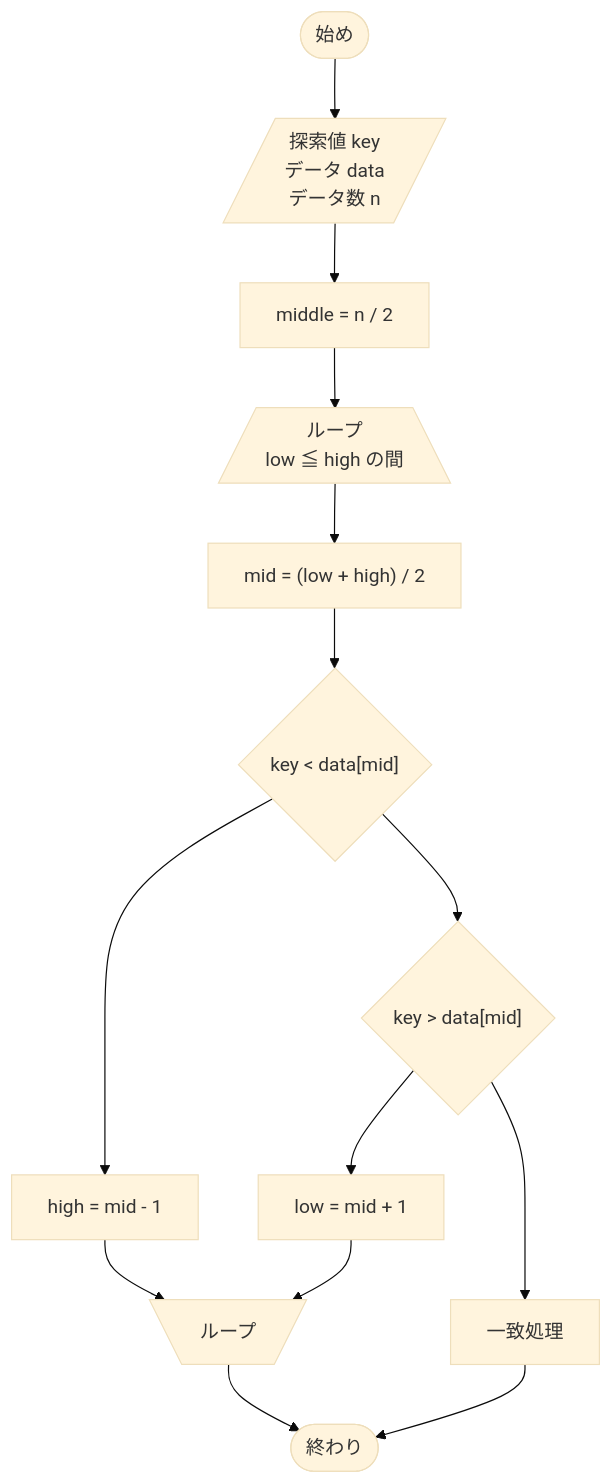
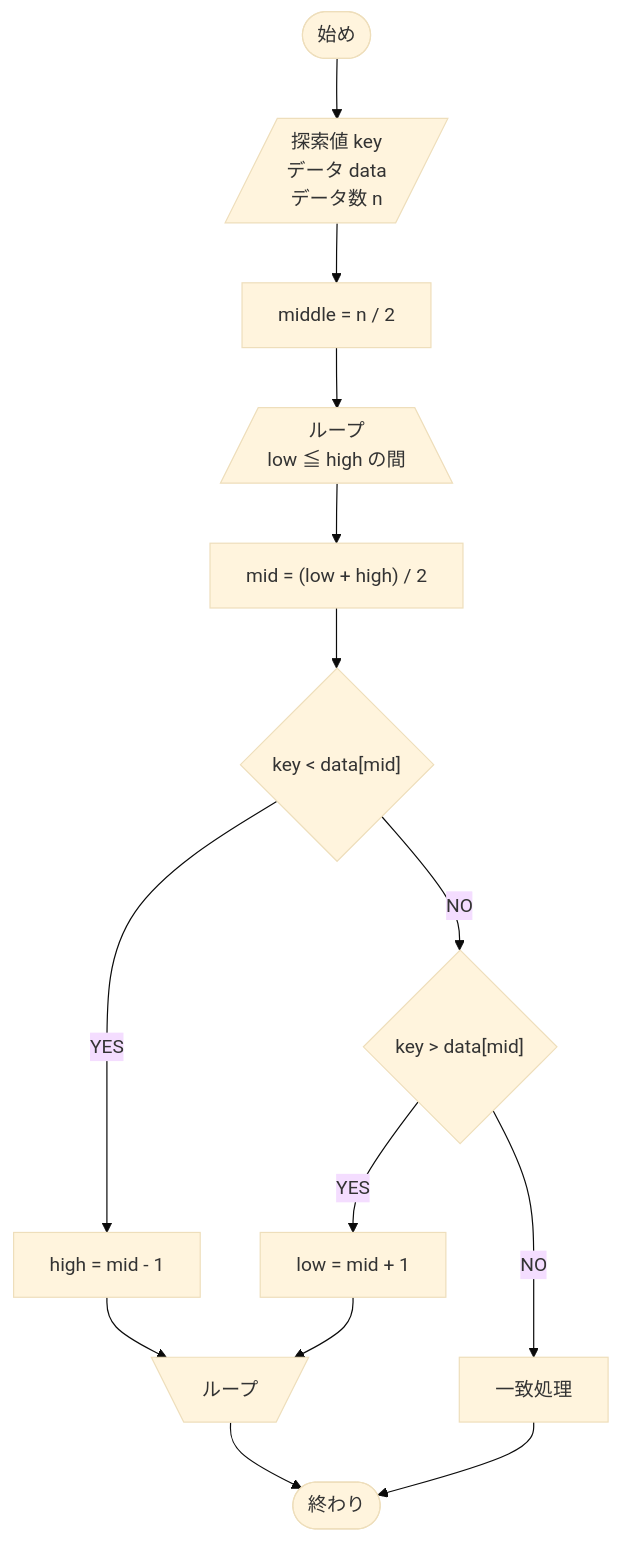
The first of 2 diagrams in 3rd_term/_summary.md (wappon28dev/algorithm_src), drawn with Mermaid (base theme) before and after one commit. The commit also changed other lines of this file, not shown here.

````diff
--- a/3rd_term/_summary.md
+++ b/3rd_term/_summary.md
@@ -383,28 +366,28 @@
   ```mermaid
   flowchart TB
   node_1(["始め"])
   node_2[/"探索値 key\n データ data\n データ数 n"/]
   node_3["middle = n / 2"]
   node_4[/"ループ\nlow ≦ high の間"\]
   node_5["mid = (low + high) / 2"]
   node_6{"key #lt; data[mid]"}
   node_7["high = mid - 1"]
   node_8{"key #gt; data[mid]"}
   node_9["low = mid + 1"]
   node_10["一致処理"]
   node_11[\"ループ"/]
   node_12(["終わり"])
   node_1 --> node_2
   node_2 --> node_3
   node_3 --> node_4
   node_4 --> node_5
   node_5 --> node_6
-  node_6 --> node_7
-  node_6 --> node_8
-  node_8 --> node_9
-  node_8 --> node_10
+  node_6 --"YES"--> node_7
+  node_6 --"NO"--> node_8
+  node_8 --"YES"--> node_9
+  node_8 --"NO"--> node_10
   node_7 --> node_11
   node_9 --> node_11
   node_11 --> node_12
   node_10 --> node_12
   ```
````
